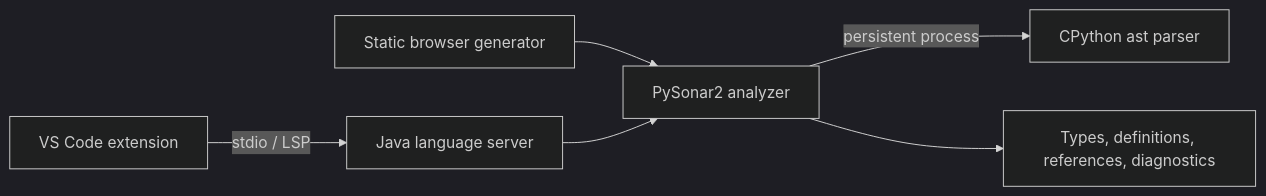
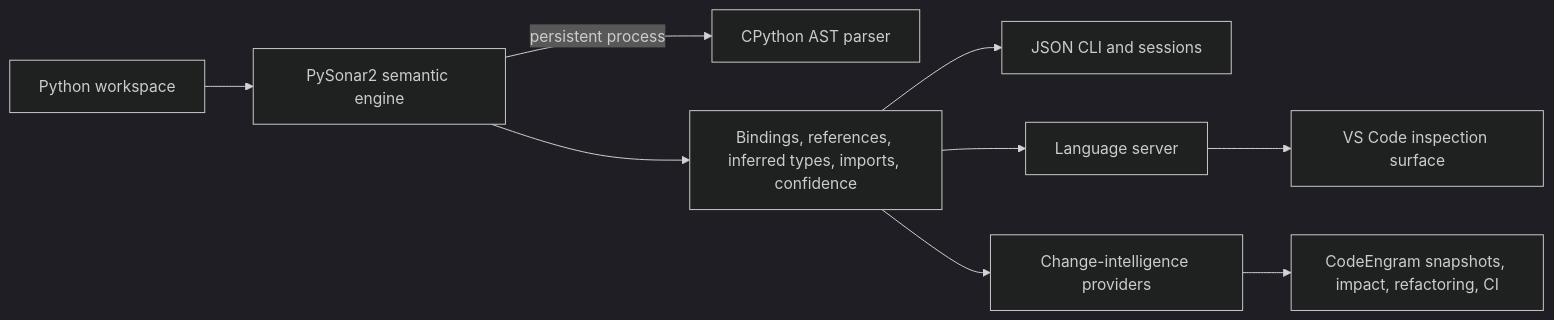
The diagram in README.md (smallyunet/pysonar2), drawn with Mermaid (dark theme) before and after one commit. The commit also changed other lines of this file and 26 other files, not shown here.

````diff
--- a/README.md
+++ b/README.md
@@ -215,8 +234,11 @@
 ```mermaid
 flowchart LR
-    VSCode[VS Code extension] -->|stdio / LSP| Server[Java language server]
-    Browser[Static browser generator] --> Analyzer[PySonar2 analyzer]
-    Server --> Analyzer
-    Analyzer -->|persistent process| CPython[CPython ast parser]
-    Analyzer --> Index[Types, definitions, references, diagnostics]
+    Repo[Python workspace] --> Analyzer[PySonar2 semantic engine]
+    Analyzer -->|persistent process| CPython[CPython AST parser]
+    Analyzer --> Facts[Bindings, references, inferred types, imports, confidence]
+    Facts --> CLI[JSON CLI and sessions]
+    Facts --> Server[Language server]
+    Facts --> Integration[Change-intelligence providers]
+    Server --> VSCode[VS Code inspection surface]
+    Integration --> CodeEngram[CodeEngram snapshots, impact, refactoring, CI]
 ```
````
